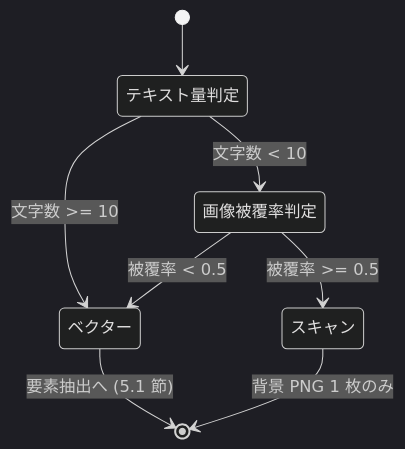
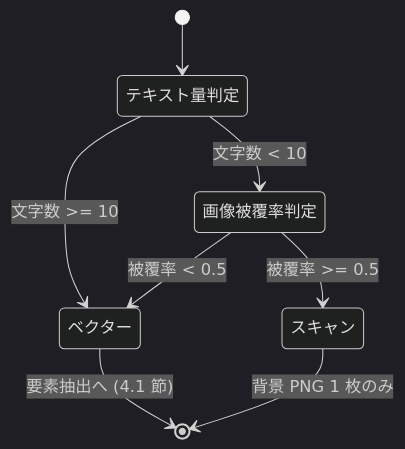
Before and after one commit to koichi-araki-0801/workspace: the fourth of 4 diagrams in docs/pdf-to-svg/src/設計書.md, drawn with Mermaid (dark theme). The commit also changed other lines of this file and 27 other files, not shown here.

````diff
--- a/docs/pdf-to-svg/src/設計書.md
+++ b/docs/pdf-to-svg/src/設計書.md
@@ -390,10 +353,10 @@
 ```mermaid
 stateDiagram-v2
   [*] --> テキスト量判定
   テキスト量判定 --> ベクター: 文字数 >= 10
   テキスト量判定 --> 画像被覆率判定: 文字数 < 10
   画像被覆率判定 --> ベクター: 被覆率 < 0.5
   画像被覆率判定 --> スキャン: 被覆率 >= 0.5
-  ベクター --> [*]: 要素抽出へ (5.1 節)
+  ベクター --> [*]: 要素抽出へ (4.1 節)
   スキャン --> [*]: 背景 PNG 1 枚のみ
 ```
````
